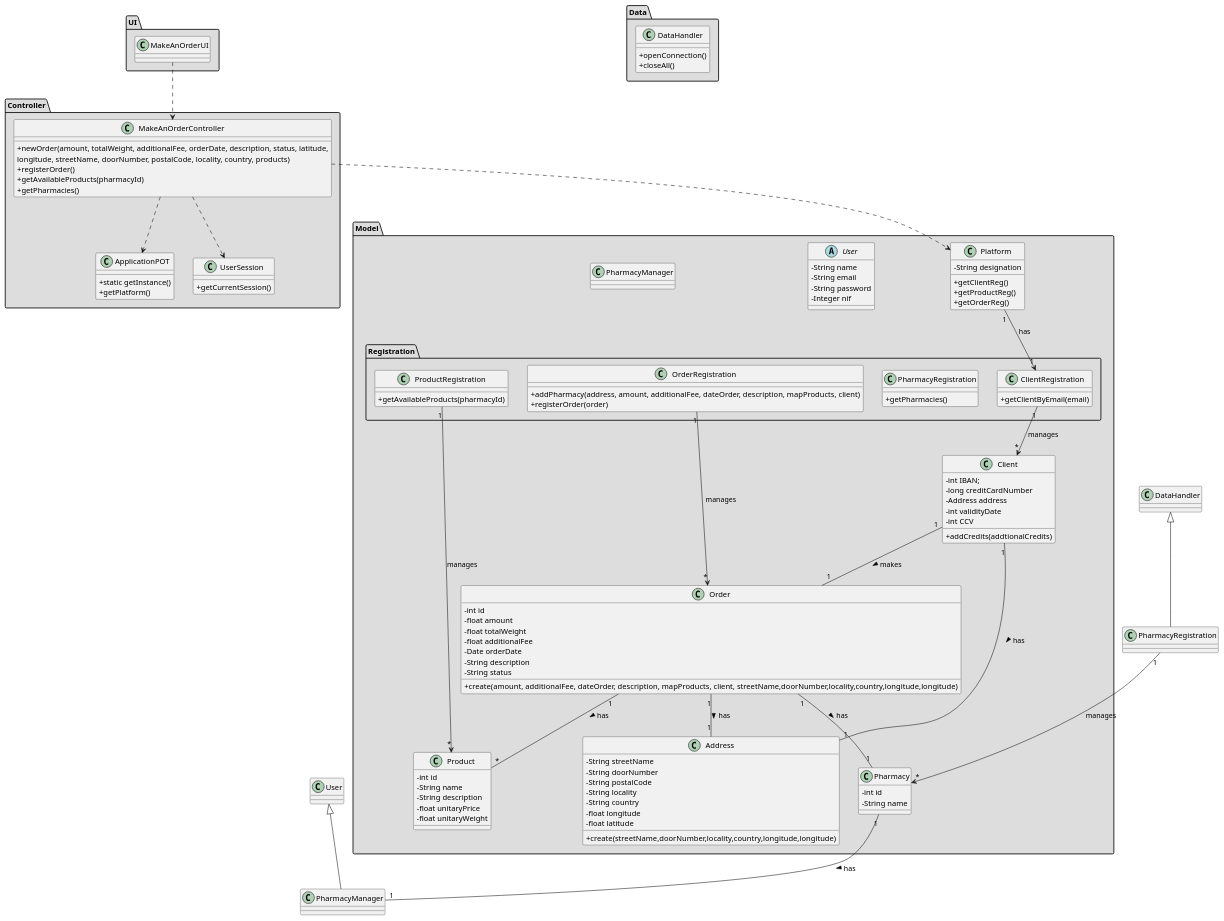
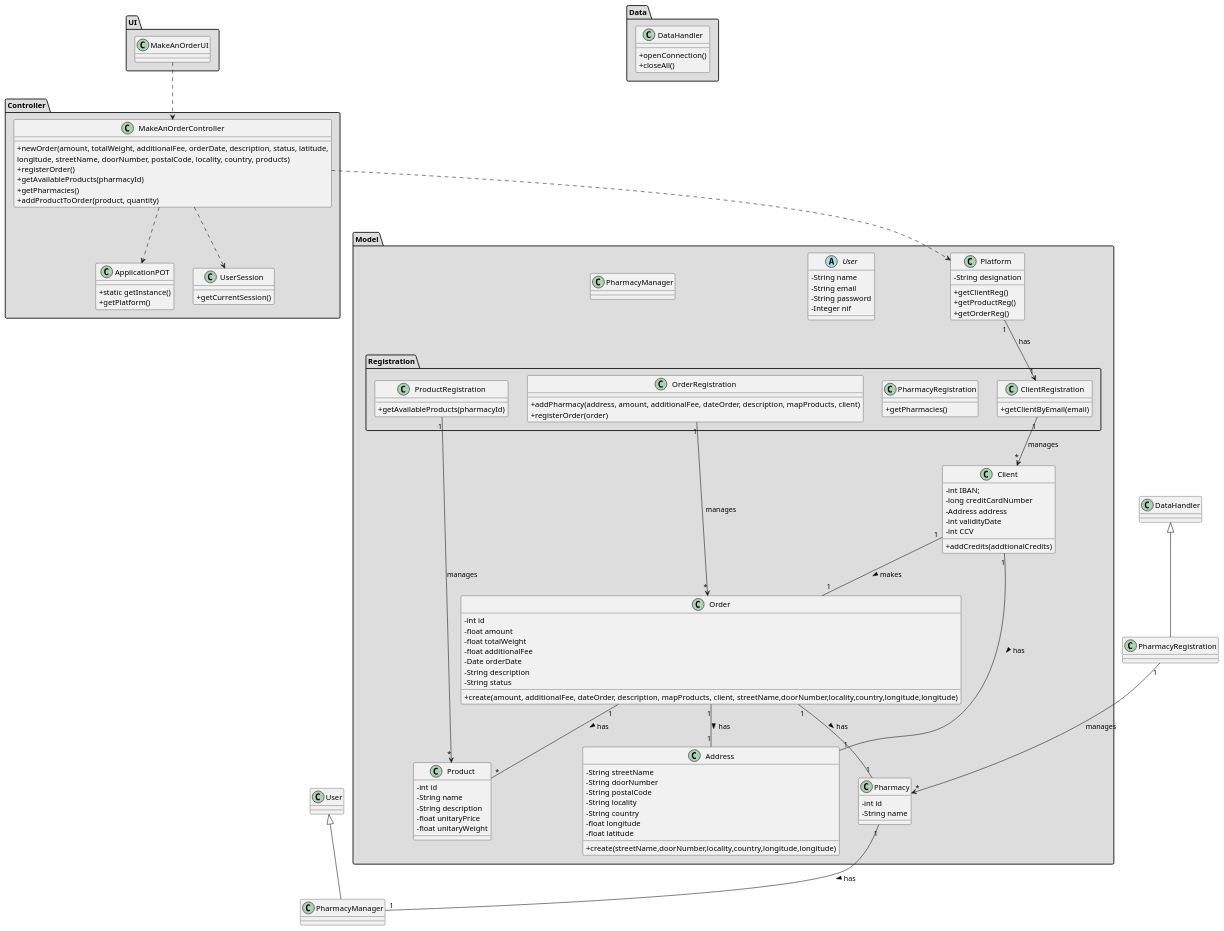
The diagram in docs/Iteration 1/Make An Order/US25_MakeAnOrder/US25_CD.puml (tiagoavcosta25/LAPR3), drawn with PlantUML before and after one commit. The commit also changed 5 other files, not shown here.

```diff
--- a/docs/Iteration 1/Make An Order/US25_MakeAnOrder/US25_CD.puml
+++ b/docs/Iteration 1/Make An Order/US25_MakeAnOrder/US25_CD.puml
@@ -1,146 +1,147 @@
 @startuml
 skinparam classAttributeIconSize 0
 
 package "UI" #DDDDDD {
 class MakeAnOrderUI{
 
 }
 }
 
 
 package "Controller" #DDDDDD {
 class MakeAnOrderController{
 +newOrder(amount, totalWeight, additionalFee, orderDate, description, status, latitude,
 longitude, streetName, doorNumber, postalCode, locality, country, products)
 +registerOrder()
 +getAvailableProducts(pharmacyId)
 +getPharmacies()
++addProductToOrder(product, quantity)
 }
 
 class ApplicationPOT
 {
   +static getInstance()
   +getPlatform()
 }
 
 class UserSession
 {
   +getCurrentSession()
 }
 }
 
 
 package "Model" #DDDDDD {
 class Platform {
   -String designation
   +getClientReg()
   +getProductReg()
   +getOrderReg()
 }
 package "Registration" #DDDDDD {
 
   class OrderRegistration{
        +addPharmacy(address, amount, additionalFee, dateOrder, description, mapProducts, client)
        +registerOrder(order)
   }
 
   class PharmacyRegistration{
           +getPharmacies()
   }
 
   class ProductRegistration{
           +getAvailableProducts(pharmacyId)
   }
   class ClientRegistration{
         +getClientByEmail(email)
   }
  }
 }
 
 package "Model" #DDDDDD {
 abstract class User{
 -   String name
 -   String email
 -   String password
 -   Integer nif
 }
 
 class Client{
 -int IBAN;
 -long creditCardNumber
 -Address address
 -int validityDate
 -int CCV
 +addCredits(addtionalCredits)
 }
 
 class Address{
 -   String streetName
 -   String doorNumber
 -   String postalCode
 -   String locality
 -   String country
 -   float longitude
 -   float latitude
 +create(streetName,doorNumber,locality,country,longitude,longitude)
 }
 
 class Order{
 -   int id
 -   float amount
 -   float totalWeight
 -   float additionalFee
 -   Date orderDate
 -   String description
 -   String status
 +create(amount, additionalFee, dateOrder, description, mapProducts, client, streetName,doorNumber,locality,country,longitude,longitude)
 }
 
 class Product{
 -   int id
 -   String name
 -   String description
 -   float unitaryPrice
 -   float unitaryWeight
 }
 
 class Pharmacy{
 -   int id
 -   String name
 }
 
 class PharmacyManager{
 }
 
 }
 
 
 package "Data" #DDDDDD {
 class DataHandler{
     +openConnection()
     +closeAll()
 }
 }
 
 class PharmacyRegistration extends DataHandler
 
 class PharmacyManager extends User
 
 MakeAnOrderUI ..> MakeAnOrderController
 MakeAnOrderController ..> Platform
 MakeAnOrderController ..> ApplicationPOT
 MakeAnOrderController ..> UserSession
 Platform "1" --> "1" ClientRegistration : has
 ClientRegistration "1" --> "*" Client : manages
 ProductRegistration "1" --> "*" Product : manages
 OrderRegistration "1" --> "*" Order : manages
 PharmacyRegistration "1" --> "*" Pharmacy : manages
 
 Order "1" -- "*" Product : has >
 Order "1" -- "1" Pharmacy : has >
 Client "1" -- "1" Order : makes >
 Client "1" -- "1" Address : has >
 Order "1" -- "1" Address : has >
 Pharmacy "1" -- "1" PharmacyManager : has >
 
 @enduml
```
